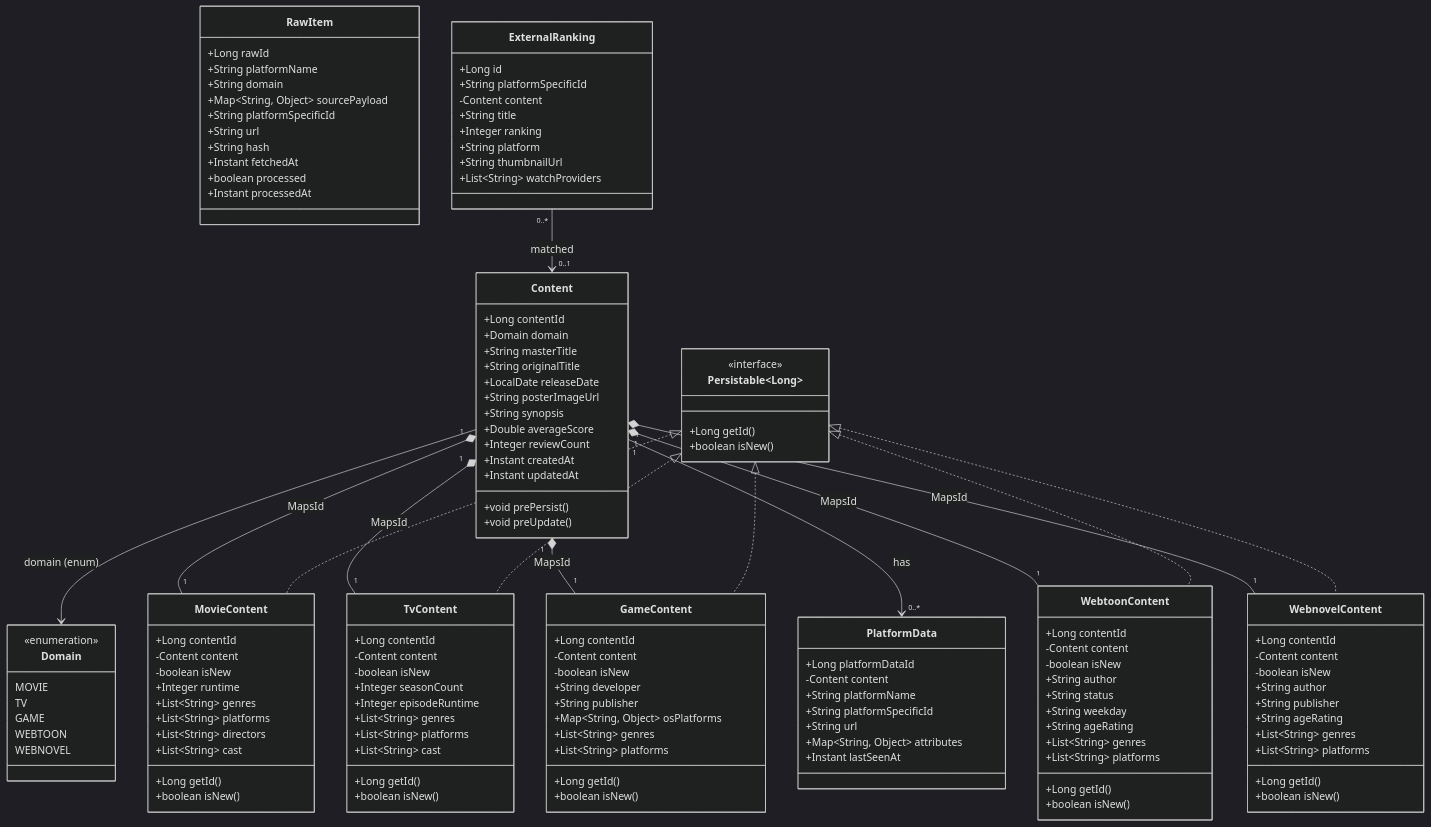
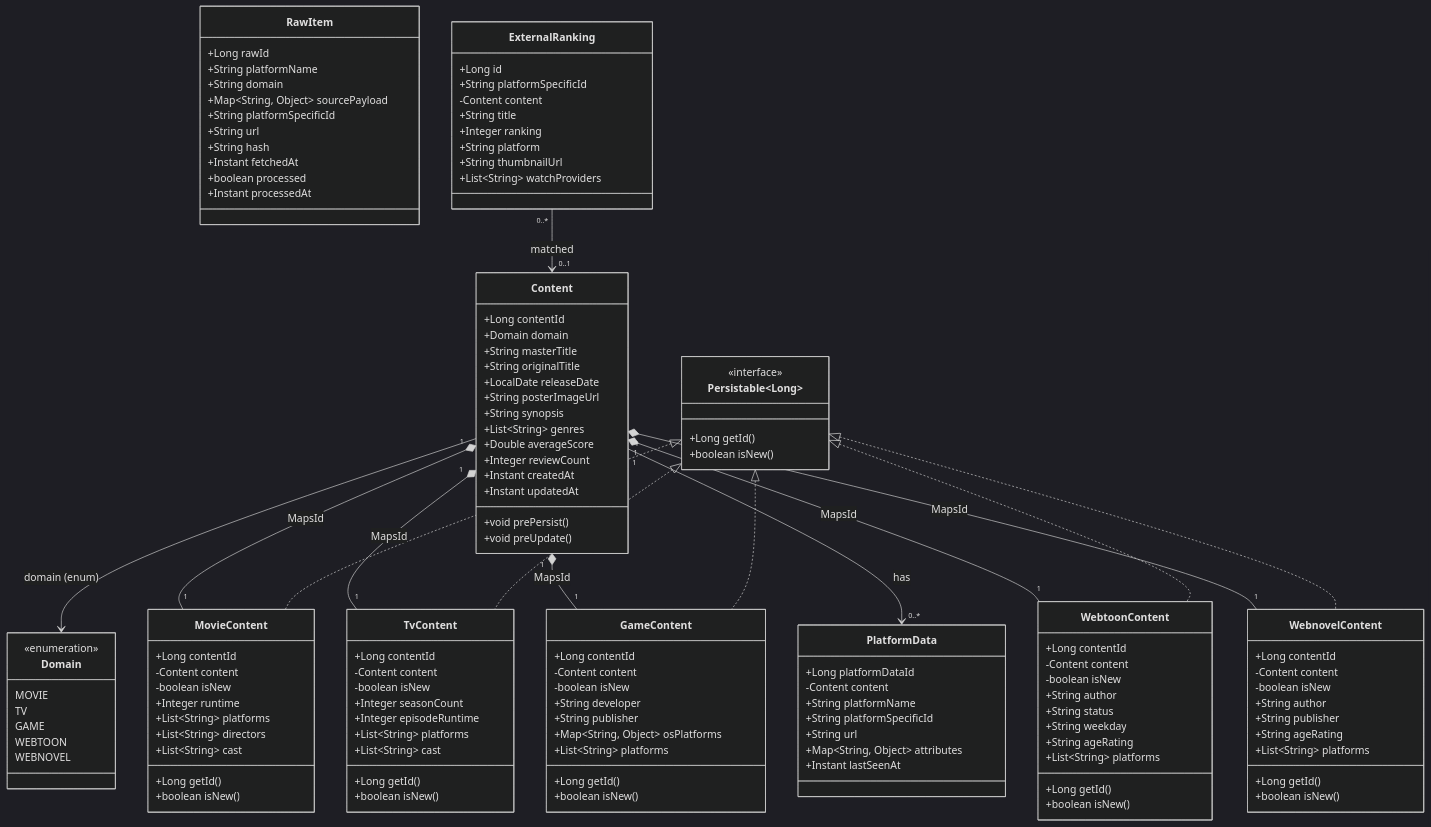
One commit to AOD-All-of-Dopamine/-AOD-All-of-Dopamine-back changed the first of 6 diagrams in docs/6_CLASS_DIAGRAMS.md. Above: the diagram before and after it, drawn with Mermaid (dark theme). The commit also changed other lines of this file and 28 other files, not shown here.

First line of the commit message:
refactor(schema)!: promote genres from domain tables to contents master

```diff
--- a/docs/6_CLASS_DIAGRAMS.md
+++ b/docs/6_CLASS_DIAGRAMS.md
@@ -28,6 +28,7 @@
         +LocalDate releaseDate
         +String posterImageUrl
         +String synopsis
+        +List~String~ genres
         +Double averageScore
         +Integer reviewCount
         +Instant createdAt
@@ -56,7 +57,6 @@
         -Content content
         -boolean isNew
         +Integer runtime
-        +List~String~ genres
         +List~String~ platforms
         +List~String~ directors
         +List~String~ cast
@@ -70,7 +70,6 @@
         -boolean isNew
         +Integer seasonCount
         +Integer episodeRuntime
-        +List~String~ genres
         +List~String~ platforms
         +List~String~ cast
         +Long getId()
@@ -84,7 +83,6 @@
         +String developer
         +String publisher
         +Map~String, Object~ osPlatforms
-        +List~String~ genres
         +List~String~ platforms
         +Long getId()
         +boolean isNew()
@@ -98,7 +96,6 @@
         +String status
         +String weekday
         +String ageRating
-        +List~String~ genres
         +List~String~ platforms
         +Long getId()
         +boolean isNew()
@@ -111,7 +108,6 @@
         +String author
         +String publisher
         +String ageRating
-        +List~String~ genres
         +List~String~ platforms
         +Long getId()
         +boolean isNew()
```
